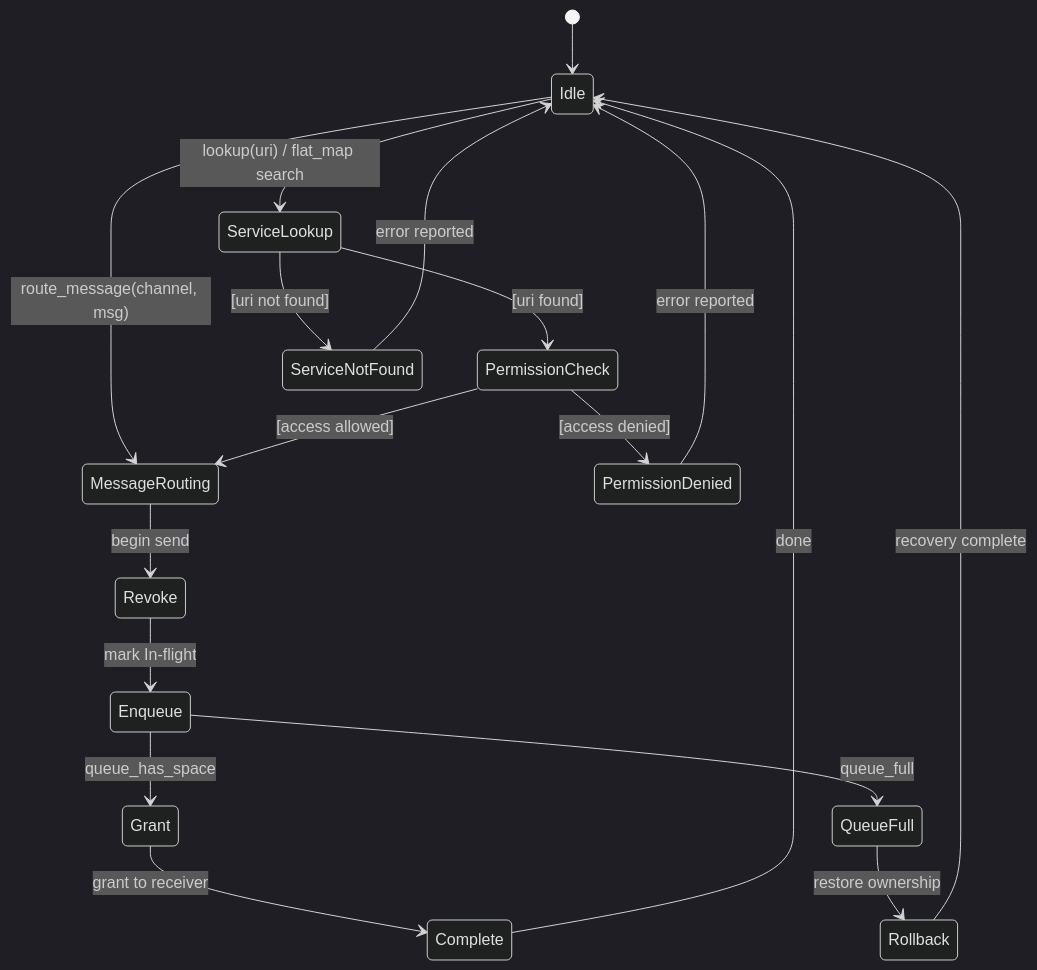
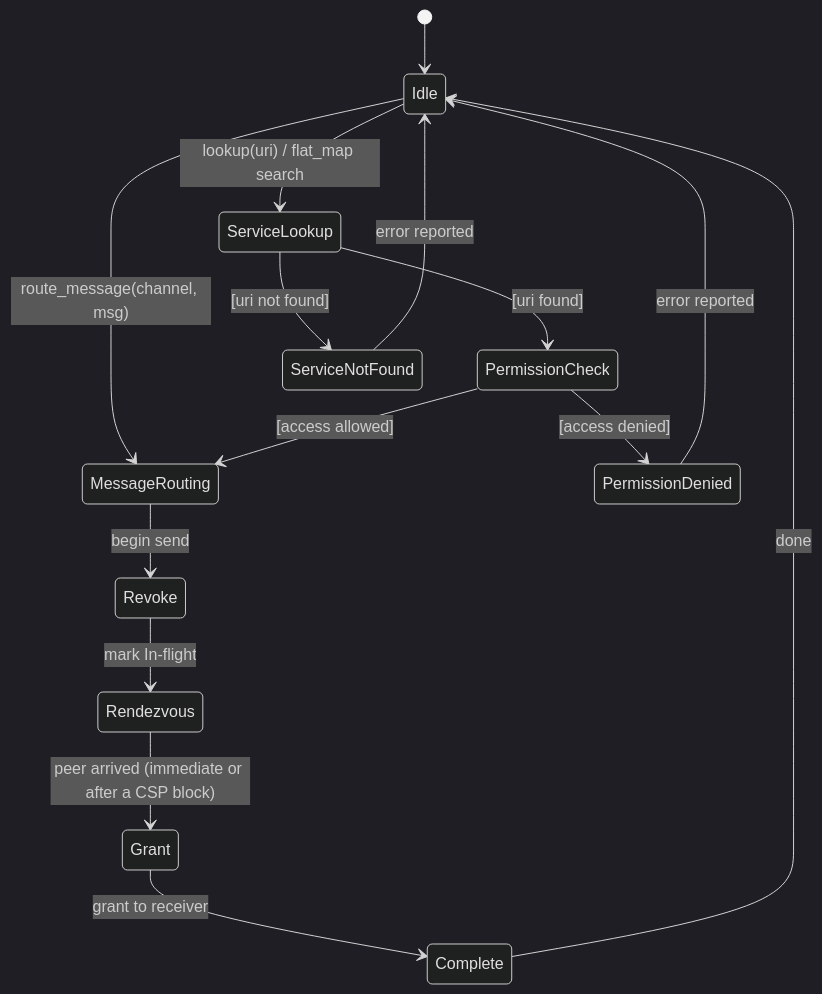
One commit to kmt-t/fireball changed the third of 6 diagrams in docs/components/tier1_interface/ipc_router.md. Above: the diagram before and after it, drawn with Mermaid (dark theme). The commit also changed other lines of this file and 80 other files, not shown here.

````diff
--- a/docs/components/tier1_interface/ipc_router.md
+++ b/docs/components/tier1_interface/ipc_router.md
@@ -293,36 +309,31 @@
 ```mermaid
 stateDiagram-v2
     [*] --> Idle
     
     %% Main service flow
     Idle --> ServiceLookup: lookup(uri) / flat_map search
     Idle --> MessageRouting: route_message(channel, msg)
     
     %% Service Lookup branch
     ServiceLookup --> PermissionCheck: [uri found]
     ServiceLookup --> ServiceNotFound: [uri not found]
     
     %% Permission Check branch
     PermissionCheck --> MessageRouting: [access allowed]
     PermissionCheck --> PermissionDenied: [access denied]
     
     %% Message Routing → Ownership Transfer Pipeline
     MessageRouting --> Revoke: begin send
-    Revoke --> Enqueue: mark In-flight
+    Revoke --> Rendezvous: mark In-flight
     
-    %% Enqueue branch: success or failure
-    Enqueue --> Grant: queue_has_space
-    Enqueue --> QueueFull: queue_full
+    %% Rendezvous: blocks until the counterpart arrives, then always completes
+    Rendezvous --> Grant: peer arrived (immediate or after a CSP block)
     
     %% Success path
     Grant --> Complete: grant to receiver
     Complete --> Idle: done
     
-    %% Error paths → Rollback
-    QueueFull --> Rollback: restore ownership
-    Rollback --> Idle: recovery complete
-    
     %% Error handling → Idle
     ServiceNotFound --> Idle: error reported
     PermissionDenied --> Idle: error reported
 ```
````
